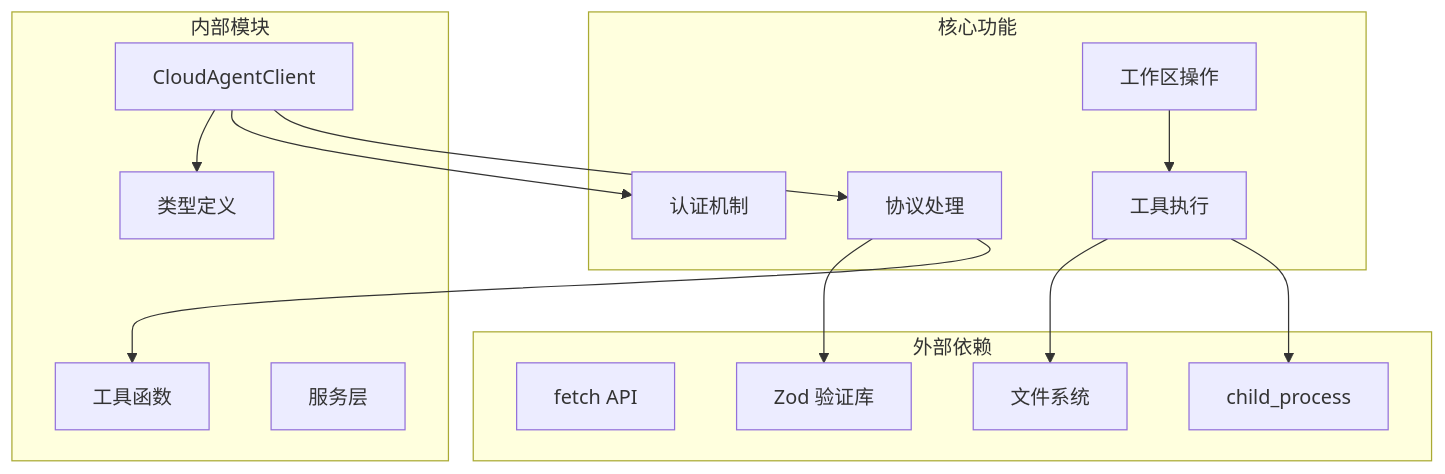
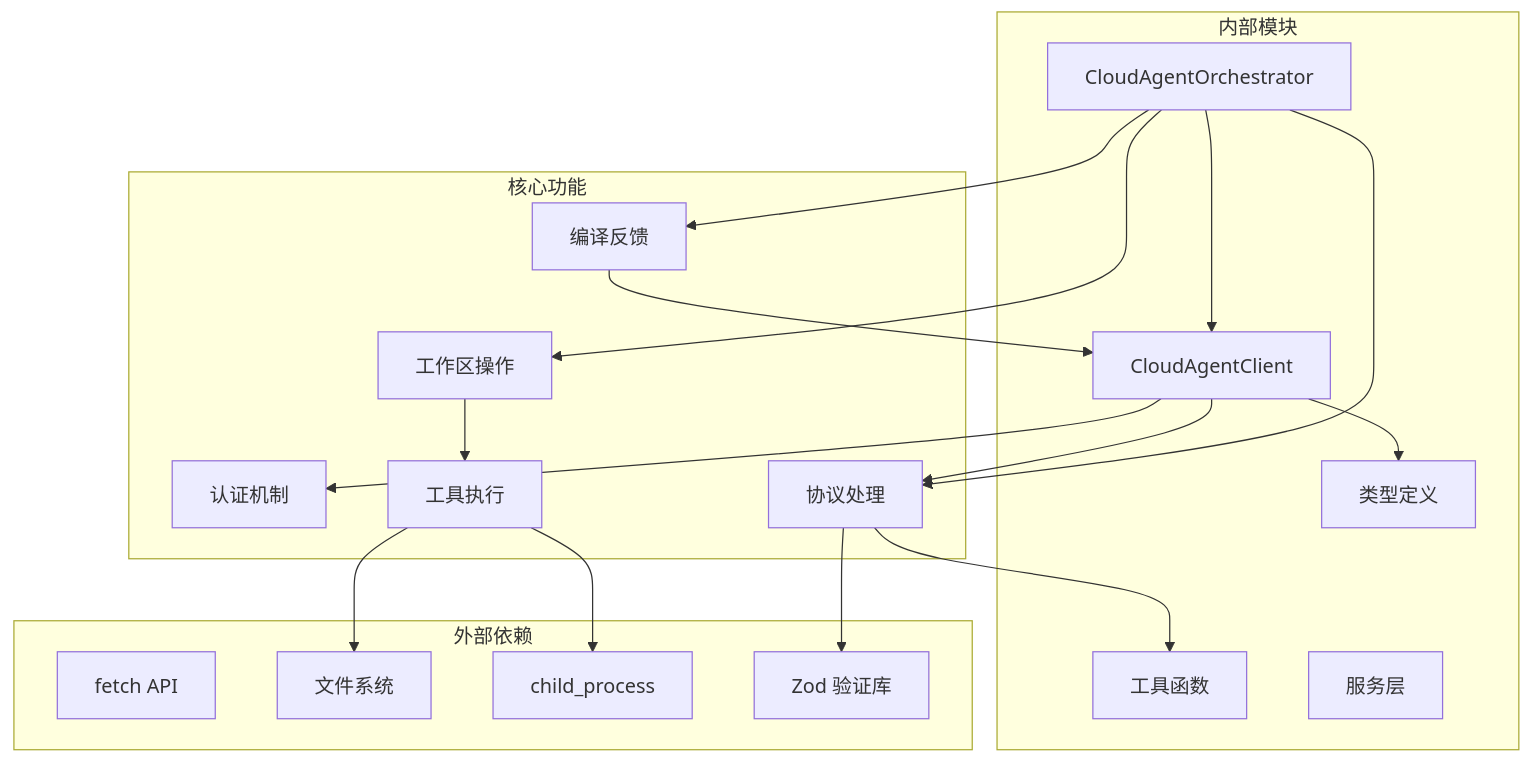
Before and after one commit to JunjieChen0/NJUST: the eighth of 8 diagrams in .qoder/repowiki/zh/content/项目概述/核心功能特性/Cloud Agent 云代理系统/Cloud Agent 云代理系统.md, drawn with Mermaid. The commit also changed other lines of this file and 37 other files, not shown here.

````diff
--- a/.qoder/repowiki/zh/content/项目概述/核心功能特性/Cloud Agent 云代理系统/Cloud Agent 云代理系统.md
+++ b/.qoder/repowiki/zh/content/项目概述/核心功能特性/Cloud Agent 云代理系统/Cloud Agent 云代理系统.md
@@ -287,29 +366,36 @@
 ```mermaid
 graph TB
 subgraph "外部依赖"
 Fetch[fetch API]
 FS[文件系统]
 Child[child_process]
 Zod[Zod 验证库]
 end
 subgraph "内部模块"
-CA[CloudAgentClient]
+CO[CloudAgentOrchestrator]
+CC[CloudAgentClient]
 Types[类型定义]
 Utils[工具函数]
 Services[服务层]
 end
 subgraph "核心功能"
 Auth[认证机制]
 WS[工作区操作]
 Tools[工具执行]
 Protocol[协议处理]
+Compile[编译反馈]
 end
-CA --> Types
-CA --> Auth
-CA --> Protocol
+CO --> CC
+CO --> Protocol
+CO --> Compile
+CO --> WS
+CC --> Types
+CC --> Auth
+CC --> Protocol
 WS --> Tools
 Tools --> FS
 Tools --> Child
 Protocol --> Zod
 Protocol --> Utils
+Compile --> CC
 ```
````
